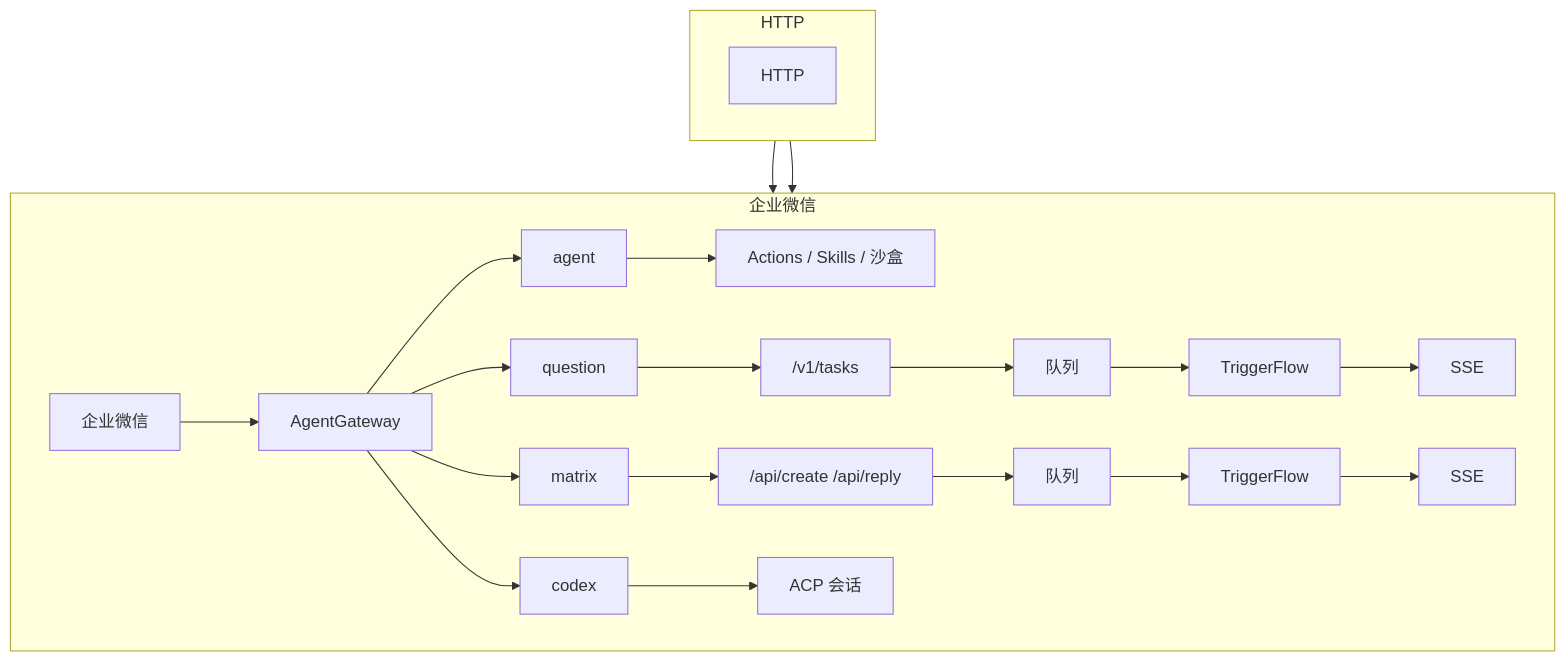
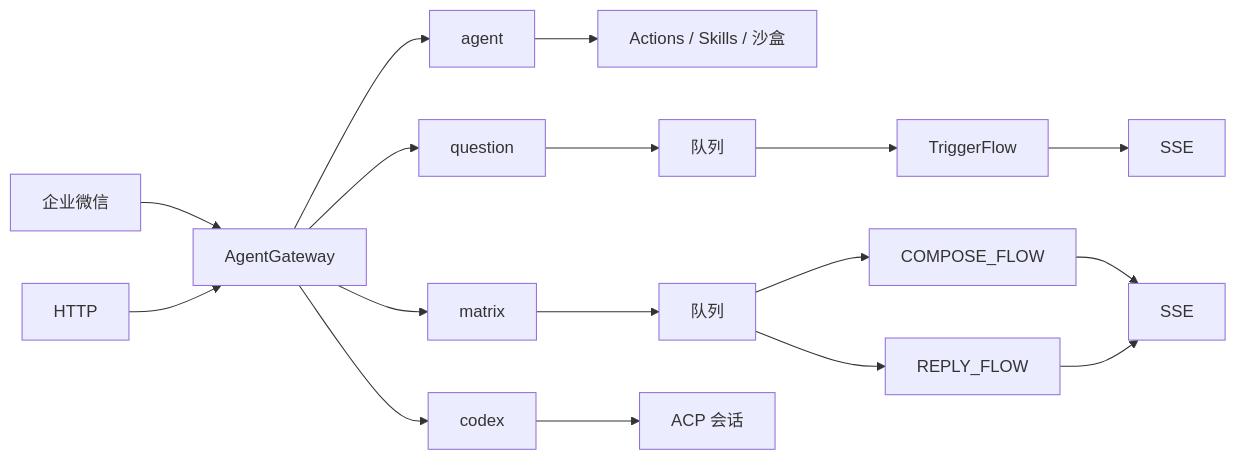
One commit to jiafuzeng/social_media_agents changed the diagram in docs/MatrixCopilot-项目方案.md. Above: the diagram before and after it, drawn with Mermaid. The commit also changed other lines of this file and 1 other file, not shown here.

````diff
--- a/docs/MatrixCopilot-项目方案.md
+++ b/docs/MatrixCopilot-项目方案.md
@@ -53,17 +53,12 @@
 ```mermaid
-flowchart TB
-    subgraph WECOM["企业微信"]
-        direction LR
-        IM["企业微信"] --> GW["AgentGateway"]
-        GW --> AR["agent"] --> ACT["Actions / Skills / 沙盒"]
-        GW --> QR["question"] --> QAPI["/v1/tasks"] --> QQ["队列"] --> QF["TriggerFlow"] --> QSSE["SSE"]
-        GW --> MR["matrix"] --> MAPI["/api/create /api/reply"] --> MQ["队列"] --> MF["TriggerFlow"] --> MSSE["SSE"]
-        GW --> CR["codex"] --> ACP["ACP 会话"]
-    end
+flowchart LR
+    IM["企业微信"] --> GW["AgentGateway"]
+    HTTP["HTTP"] --> GW
 
-    subgraph HTTPL["HTTP"]
-        direction LR
-        HTTP["HTTP"] --> QAPI
-        HTTP --> MAPI
-    end
+    GW --> AR["agent"] --> ACT["Actions / Skills / 沙盒"]
+    GW --> QR["question"] --> QQ["队列"] --> QF["TriggerFlow"] --> QSSE["SSE"]
+    GW --> MR["matrix"] --> MQ["队列"]
+    MQ --> CF["COMPOSE_FLOW"] --> MSSE["SSE"]
+    MQ --> RF["REPLY_FLOW"] --> MSSE
+    GW --> CR["codex"] --> ACP["ACP 会话"]
 ```
````
